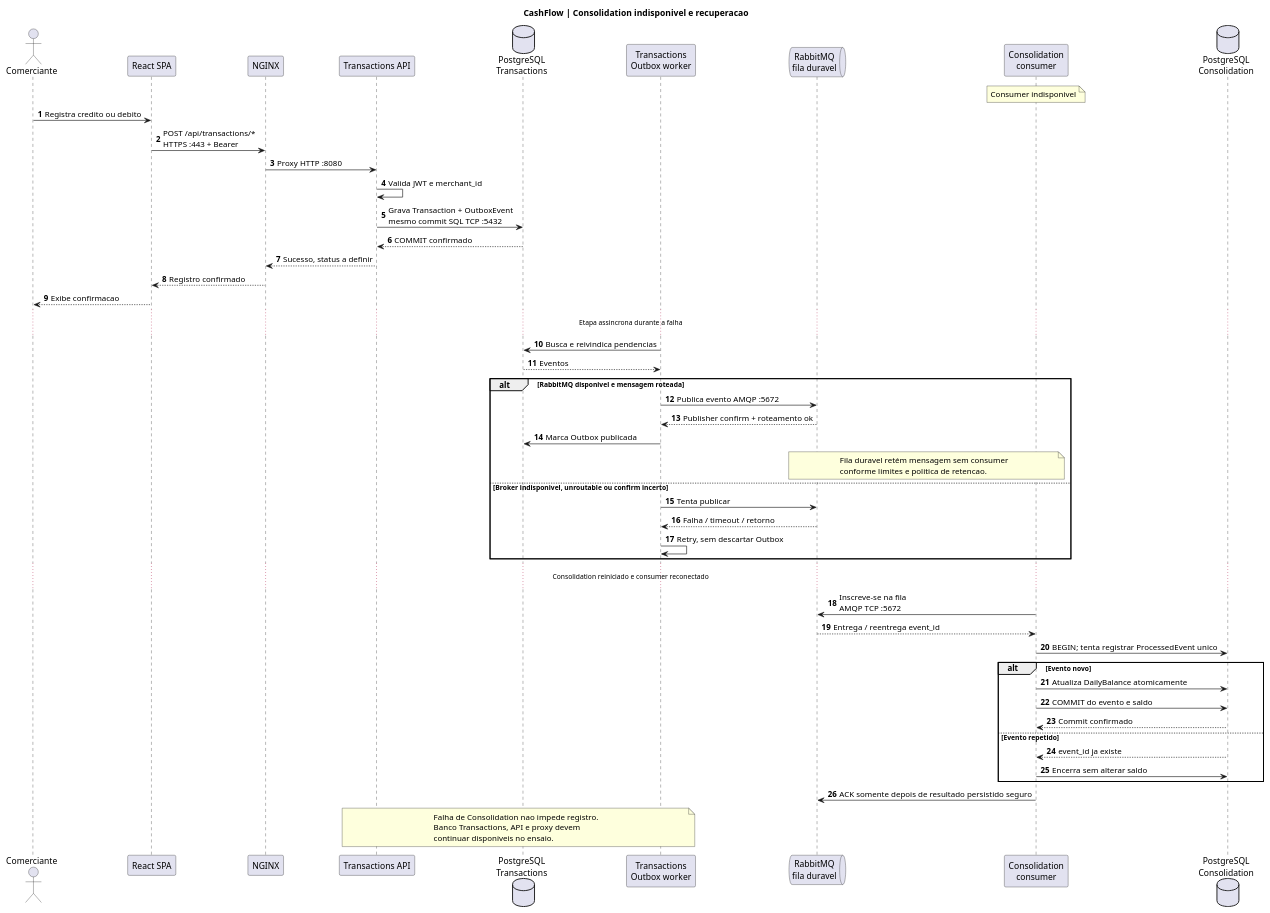
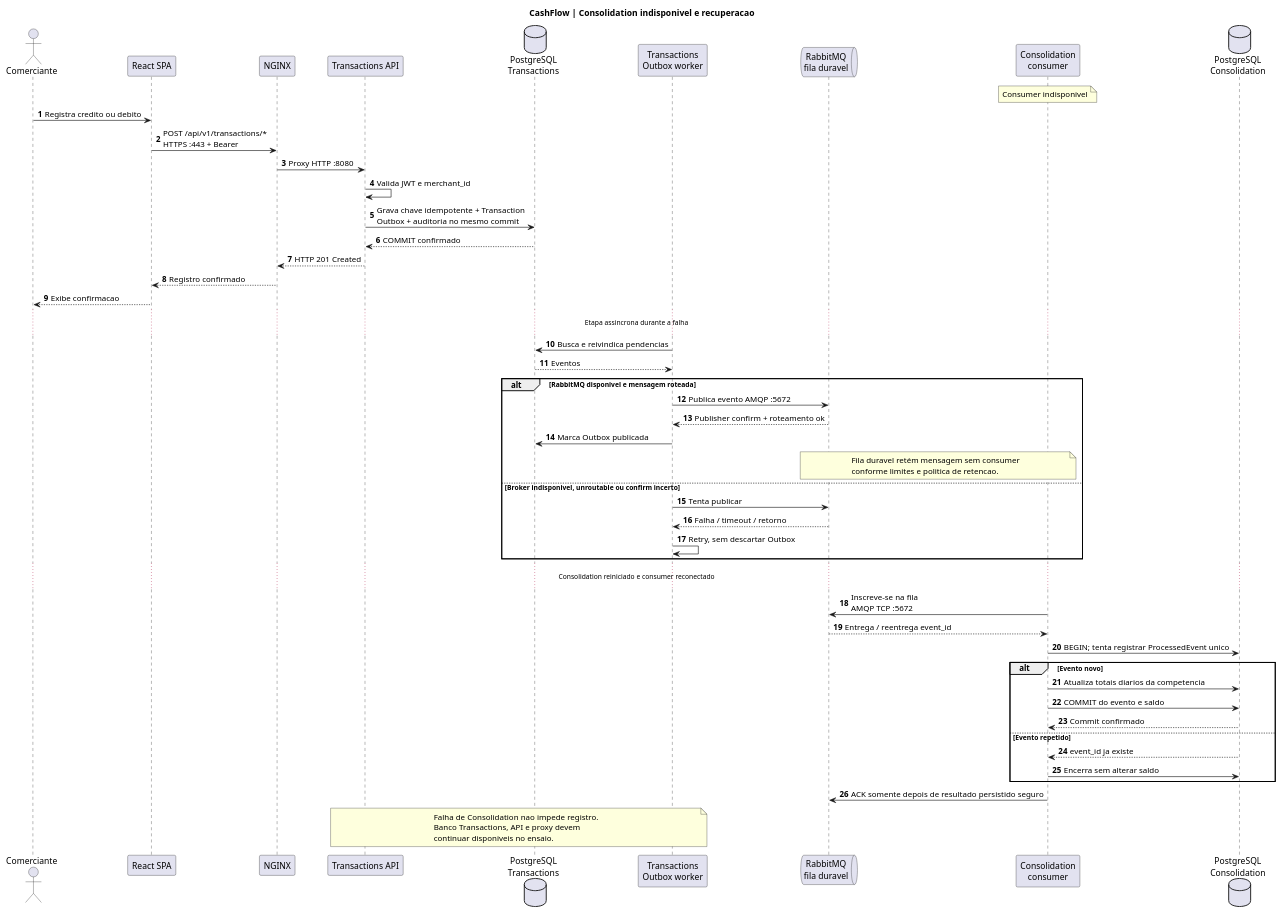
Before and after one commit to wolwerr/CashFlow-Architecture: the diagram in docs/architecture/plantuml/sequence-failure.puml, drawn with PlantUML.

Commit message:
docs(mvp): align sequence diagrams to approved security, contracts and consistency

```diff
--- a/docs/architecture/plantuml/sequence-failure.puml
+++ b/docs/architecture/plantuml/sequence-failure.puml
@@ -1,60 +1,60 @@
 @startuml CashFlow_Consolidation_Failure
 title CashFlow | Consolidation indisponivel e recuperacao
 autonumber
 actor Comerciante as U
 participant "React SPA" as W
 participant "NGINX" as G
 participant "Transactions API" as API
 database "PostgreSQL\nTransactions" as DBT
 participant "Transactions\nOutbox worker" as OUT
 queue "RabbitMQ\nfila duravel" as MQ
 participant "Consolidation\nconsumer" as CON
 database "PostgreSQL\nConsolidation" as DBC
 
 note over CON: Consumer indisponivel
 U -> W: Registra credito ou debito
-W -> G: POST /api/transactions/*\nHTTPS :443 + Bearer
+W -> G: POST /api/v1/transactions/*\nHTTPS :443 + Bearer
 G -> API: Proxy HTTP :8080
 API -> API: Valida JWT e merchant_id
-API -> DBT: Grava Transaction + OutboxEvent\nmesmo commit SQL TCP :5432
+API -> DBT: Grava chave idempotente + Transaction\nOutbox + auditoria no mesmo commit
 DBT --> API: COMMIT confirmado
-API --> G: Sucesso, status a definir
+API --> G: HTTP 201 Created
 G --> W: Registro confirmado
 W --> U: Exibe confirmacao
 
 ... Etapa assincrona durante a falha ...
 OUT -> DBT: Busca e reivindica pendencias
 DBT --> OUT: Eventos
 alt RabbitMQ disponivel e mensagem roteada
   OUT -> MQ: Publica evento AMQP :5672
   MQ --> OUT: Publisher confirm + roteamento ok
   OUT -> DBT: Marca Outbox publicada
   note over MQ,CON
     Fila duravel retém mensagem sem consumer
     conforme limites e politica de retencao.
   end note
 else Broker indisponivel, unroutable ou confirm incerto
   OUT -> MQ: Tenta publicar
   MQ --> OUT: Falha / timeout / retorno
   OUT -> OUT: Retry, sem descartar Outbox
 end
 
 ... Consolidation reiniciado e consumer reconectado ...
 CON -> MQ: Inscreve-se na fila\nAMQP TCP :5672
 MQ --> CON: Entrega / reentrega event_id
 CON -> DBC: BEGIN; tenta registrar ProcessedEvent unico
 alt Evento novo
-  CON -> DBC: Atualiza DailyBalance atomicamente
+  CON -> DBC: Atualiza totais diarios da competencia
   CON -> DBC: COMMIT do evento e saldo
   DBC --> CON: Commit confirmado
 else Evento repetido
   DBC --> CON: event_id ja existe
   CON -> DBC: Encerra sem alterar saldo
 end
 CON -> MQ: ACK somente depois de resultado persistido seguro
 note over API,OUT
 Falha de Consolidation nao impede registro.
 Banco Transactions, API e proxy devem
 continuar disponiveis no ensaio.
 end note
 @enduml
```
